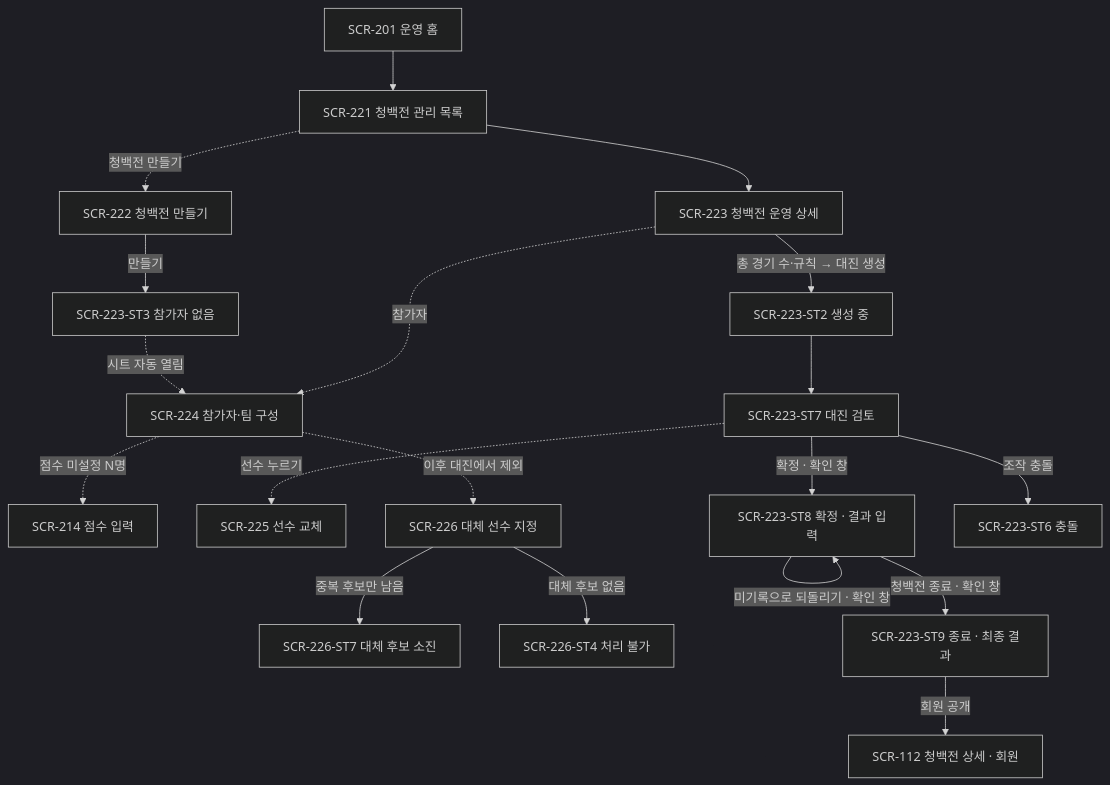
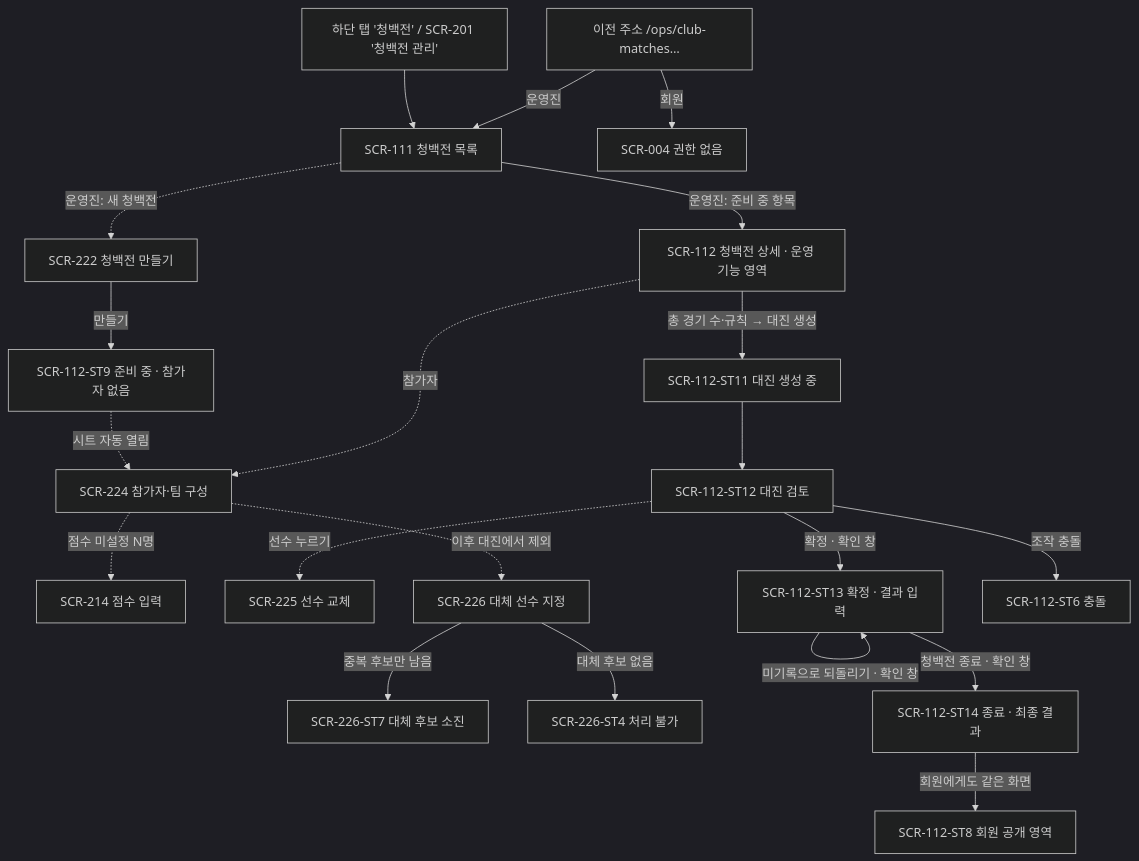
Before and after one commit to hoik-ryu/badminton-playbook: the fifth of 8 diagrams in docs/design/03-screen-flows.md, drawn with Mermaid (dark theme). The commit also changed other lines of this file and 174 other files, not shown here.

````diff
--- a/docs/design/03-screen-flows.md
+++ b/docs/design/03-screen-flows.md
@@ -159,22 +161,24 @@
 ```mermaid
 flowchart TD
-  SCR201[SCR-201 운영 홈] --> SCR221[SCR-221 청백전 관리 목록]
-  SCR221 -.->|청백전 만들기| SCR222[SCR-222 청백전 만들기]
-  SCR222 -->|만들기| SCR223E[SCR-223-ST3 참가자 없음]
-  SCR221 --> SCR223[SCR-223 청백전 운영 상세]
-  SCR223E -.->|시트 자동 열림| SCR224[SCR-224 참가자·팀 구성]
-  SCR223 -.->|참가자| SCR224
+  TAB[하단 탭 '청백전' / SCR-201 '청백전 관리'] --> SCR111[SCR-111 청백전 목록]
+  SCR111 -.->|운영진: 새 청백전| SCR222[SCR-222 청백전 만들기]
+  SCR222 -->|만들기| SCR112E[SCR-112-ST9 준비 중 · 참가자 없음]
+  SCR111 -->|운영진: 준비 중 항목| SCR112[SCR-112 청백전 상세 · 운영 기능 영역]
+  SCR112E -.->|시트 자동 열림| SCR224[SCR-224 참가자·팀 구성]
+  SCR112 -.->|참가자| SCR224
   SCR224 -.->|점수 미설정 N명| SCR214[SCR-214 점수 입력]
-  SCR223 -->|총 경기 수·규칙 → 대진 생성| SCR223L[SCR-223-ST2 생성 중]
-  SCR223L --> SCR223R[SCR-223-ST7 대진 검토]
-  SCR223R -.->|선수 누르기| SCR225[SCR-225 선수 교체]
-  SCR223R -->|확정 · 확인 창| SCR223P[SCR-223-ST8 확정 · 결과 입력]
-  SCR223P -->|결과 기록| SCR223P
-  SCR223P -->|미기록으로 되돌리기 · 확인 창| SCR223P
+  SCR112 -->|총 경기 수·규칙 → 대진 생성| SCR112L[SCR-112-ST11 대진 생성 중]
+  SCR112L --> SCR112R[SCR-112-ST12 대진 검토]
+  SCR112R -.->|선수 누르기| SCR225[SCR-225 선수 교체]
+  SCR112R -->|확정 · 확인 창| SCR112P[SCR-112-ST13 확정 · 결과 입력]
+  SCR112P -->|결과 기록| SCR112P
+  SCR112P -->|미기록으로 되돌리기 · 확인 창| SCR112P
   SCR224 -.->|이후 대진에서 제외| SCR226[SCR-226 대체 선수 지정]
   SCR226 -->|중복 후보만 남음| SCR226X[SCR-226-ST7 대체 후보 소진]
   SCR226 -->|대체 후보 없음| SCR226E[SCR-226-ST4 처리 불가]
-  SCR223P -->|청백전 종료 · 확인 창| SCR223Z[SCR-223-ST9 종료 · 최종 결과]
-  SCR223R -->|조작 충돌| SCR223C[SCR-223-ST6 충돌]
-  SCR223Z -->|회원 공개| SCR112[SCR-112 청백전 상세 · 회원]
+  SCR112P -->|청백전 종료 · 확인 창| SCR112Z[SCR-112-ST14 종료 · 최종 결과]
+  SCR112R -->|조작 충돌| SCR112C[SCR-112-ST6 충돌]
+  SCR112Z -->|회원에게도 같은 화면| SCR112M[SCR-112-ST8 회원 공개 영역]
+  OLD[이전 주소 /ops/club-matches…] -->|운영진| SCR111
+  OLD -->|회원| SCR004[SCR-004 권한 없음]
 ```
````
